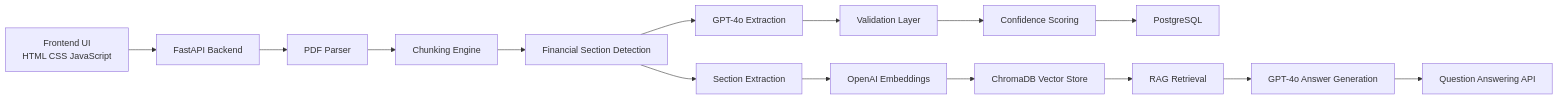
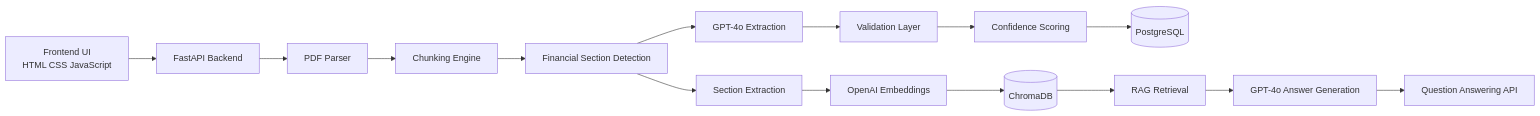
The first of 3 diagrams in README.md (ajaysathriai-afk/Financial-Document-Extraction-RAG), drawn with Mermaid before and after one commit. The commit also changed other lines of this file, not shown here.

Commit message:
Polish README and architecture documentation

````diff
--- a/README.md
+++ b/README.md
@@ -35,31 +42,32 @@
 ```mermaid
 flowchart LR
 
-A[Frontend UI<br/>HTML CSS JavaScript] --> B[FastAPI Backend]
+A[Frontend UI<br>HTML CSS JavaScript]
+--> B[FastAPI Backend]
 
 B --> C[PDF Parser]
+
 C --> D[Chunking Engine]
 
 D --> E[Financial Section Detection]
 
 E --> F[GPT-4o Extraction]
 
 F --> G[Validation Layer]
 
 G --> H[Confidence Scoring]
 
-H --> I[PostgreSQL]
+H --> I[(PostgreSQL)]
 
 E --> J[Section Extraction]
 
 J --> K[OpenAI Embeddings]
 
-K --> L[ChromaDB Vector Store]
+K --> L[(ChromaDB)]
 
 L --> M[RAG Retrieval]
 
 M --> N[GPT-4o Answer Generation]
 
 N --> O[Question Answering API]
-
 ```
````
